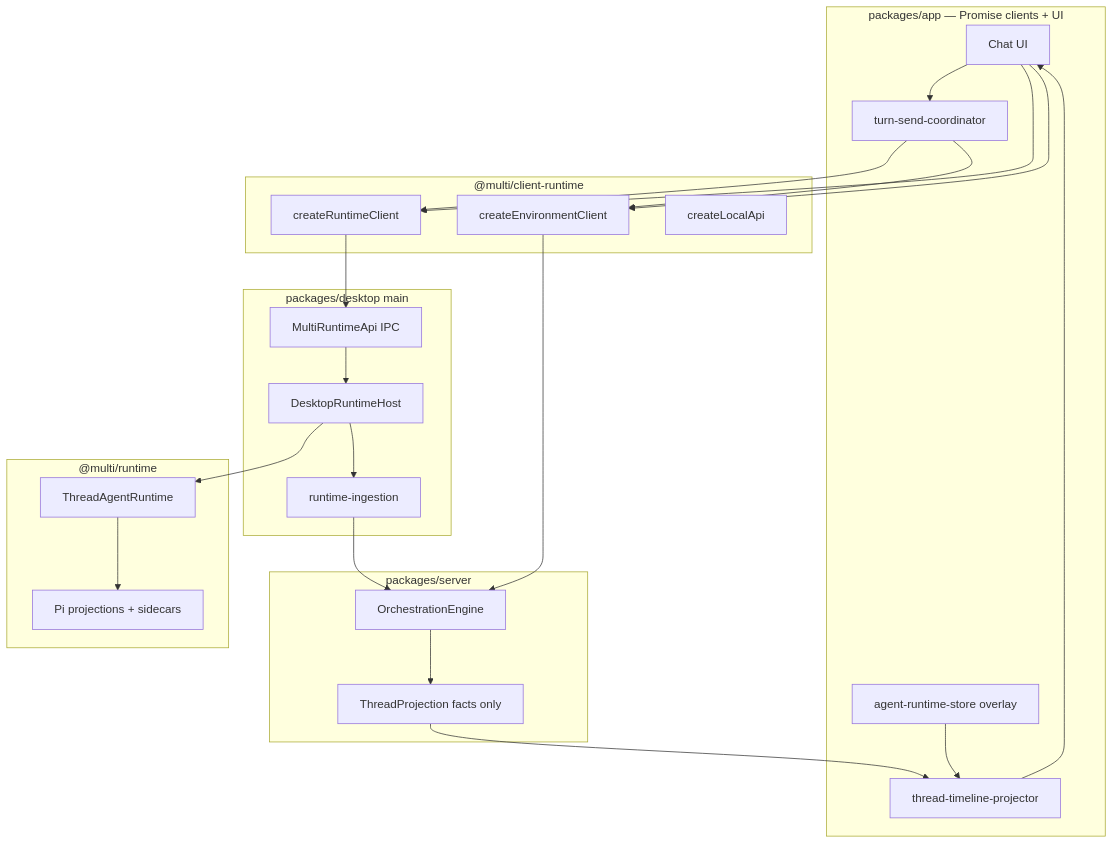
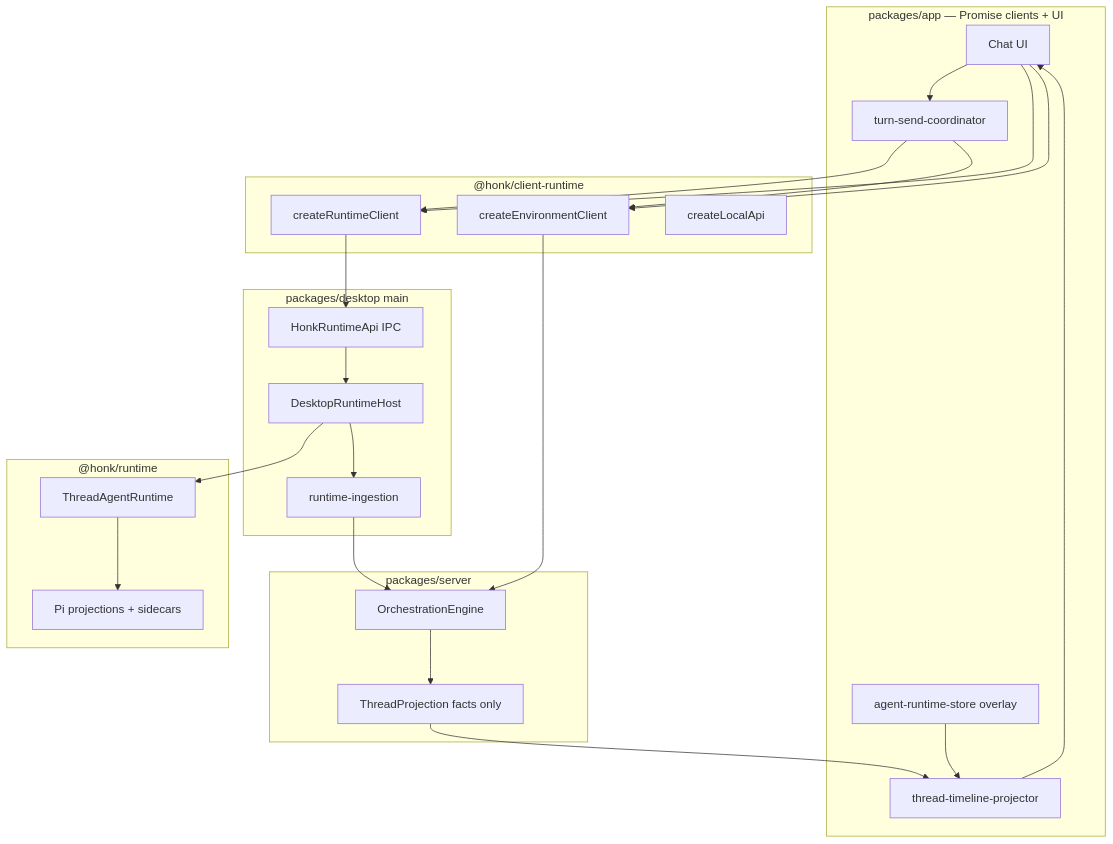
One commit to interfaces-lab/honk changed the diagram in .cursor/plans/chat_foundation_integrated_7e6834e5.plan.md. Above: the diagram before and after it, drawn with Mermaid. The commit also changed other lines of this file and 609 other files, not shown here.

Commit message:
Rebrand Multi to Honk

````diff
--- a/.cursor/plans/chat_foundation_integrated_7e6834e5.plan.md
+++ b/.cursor/plans/chat_foundation_integrated_7e6834e5.plan.md
@@ -39,43 +39,43 @@
 ```mermaid
 flowchart TB
   subgraph app ["packages/app — Promise clients + UI"]
     UI["Chat UI"]
     Coord["turn-send-coordinator"]
     Projector["thread-timeline-projector"]
     RuntimeOverlay["agent-runtime-store overlay"]
   end
 
-  subgraph client ["@multi/client-runtime"]
+  subgraph client ["@honk/client-runtime"]
     RuntimeClient["createRuntimeClient"]
     EnvironmentClient["createEnvironmentClient"]
     LocalClient["createLocalApi"]
   end
 
   subgraph desktop ["packages/desktop main"]
-    IPC["MultiRuntimeApi IPC"]
+    IPC["HonkRuntimeApi IPC"]
     Host["DesktopRuntimeHost"]
     Ingestion["runtime-ingestion"]
   end
 
-  subgraph runtime ["@multi/runtime"]
+  subgraph runtime ["@honk/runtime"]
     TAR["ThreadAgentRuntime"]
     PiProjection["Pi projections + sidecars"]
   end
 
   subgraph server ["packages/server"]
     Orchestration["OrchestrationEngine"]
     Projection["ThreadProjection facts only"]
   end
 
   UI --> Coord
   UI --> RuntimeClient
   UI --> EnvironmentClient
   Coord --> RuntimeClient
   Coord --> EnvironmentClient
   RuntimeClient --> IPC --> Host --> TAR
   TAR --> PiProjection
   Host --> Ingestion --> Orchestration
   EnvironmentClient --> Orchestration --> Projection
   RuntimeOverlay --> Projector
   Projection --> Projector --> UI
 ```
````
